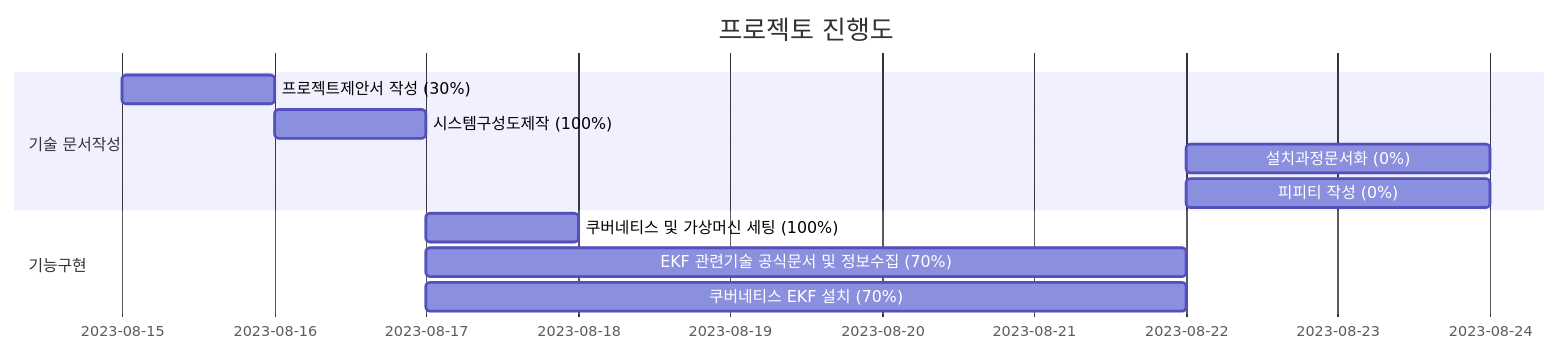
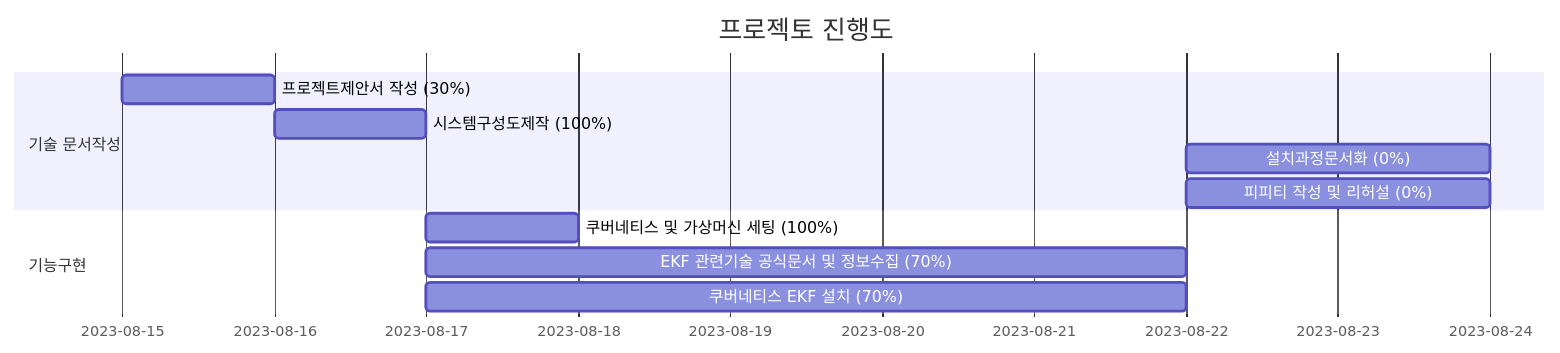
One commit to minjunkim5876/project_eggs changed the diagram in README.md. Above: the diagram before and after it, drawn with Mermaid.

Commit message:
ㅇ

````diff
--- a/README.md
+++ b/README.md
@@ -4,15 +4,15 @@
 ```mermaid
 gantt
     title 프로젝토 진행도
     dateFormat  YYYY-MM-DD
     section 기술 문서작성
     프로젝트제안서 작성 (30%) : a1, 2023-8-15, 1d
     시스템구성도제작 (100%) : 2023-8-16, 1d
     설치과정문서화 (0%) : 2023-8-22, 2d
-    피피티 작성 (0%) : 2023-8-22, 2d
+    피피티 작성 및 리허설 (0%) : 2023-8-22, 2d
 
     section 기능구현
     쿠버네티스 및 가상머신 세팅 (100%) : 2023-8-17,  1d
     EKF 관련기술 공식문서 및 정보수집 (70%) : 2023-8-17  , 5d
     쿠버네티스 EKF 설치 (70%) : 2023-8-17  , 5d
 ```
````
